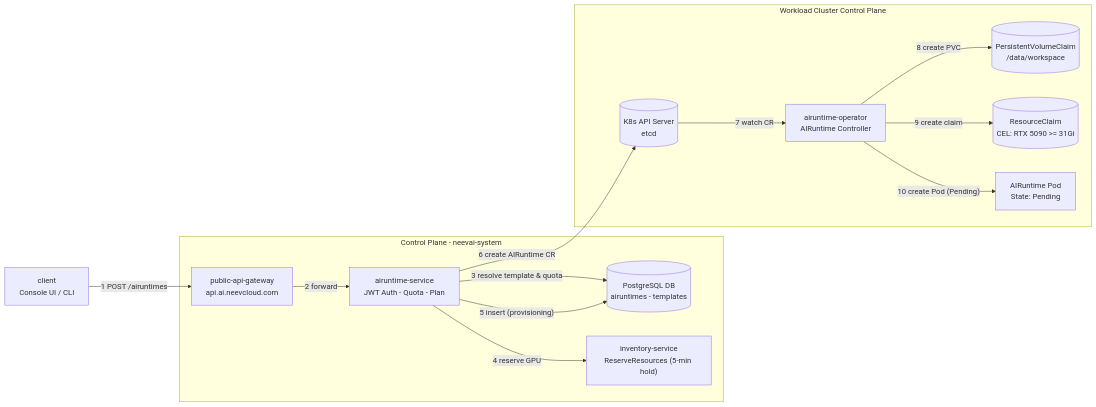
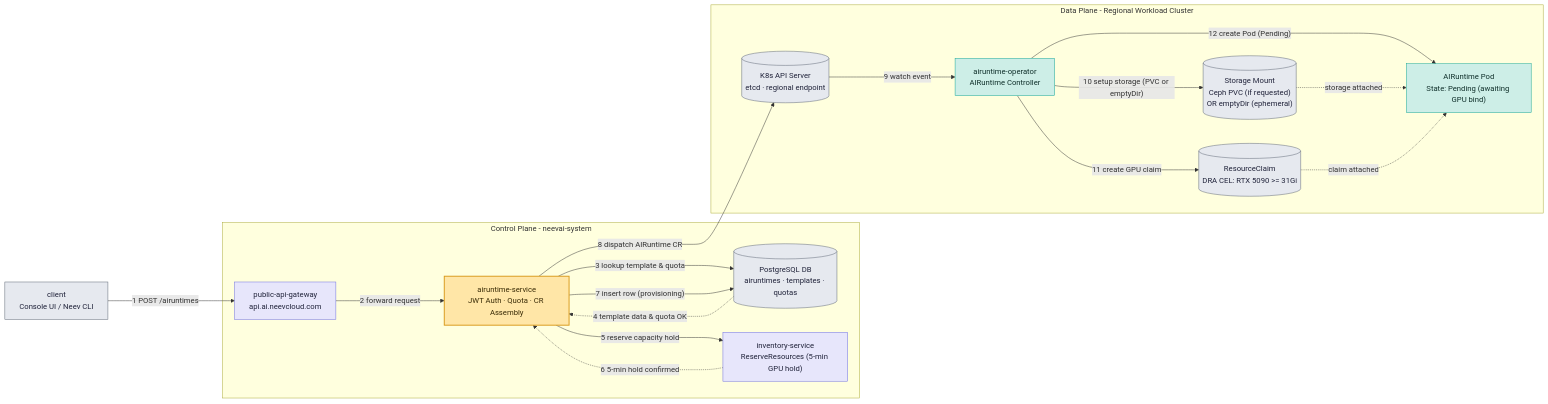
The first of 3 diagrams in README.md (chandini1727/documentation-), drawn with Mermaid before and after one commit. The commit also changed other lines of this file, not shown here.

````diff
--- a/README.md
+++ b/README.md
@@ -185,35 +215,39 @@
 ```mermaid
 flowchart LR
-    cl["client<br/>Console UI / CLI"]
+    cl["client<br/>Console UI / Neev CLI"]:::store
 
-    subgraph CP["Control Plane - neevai-system"]
-        gw["public-api-gateway<br/>api.ai.neevcloud.com"]
-        asvc["airuntime-service<br/>JWT Auth - Quota - Plan"]
-        db[("PostgreSQL DB<br/>airuntimes - templates")]
-        inv["inventory-service<br/>ReserveResources (5-min hold)"]
+    subgraph CP [Control Plane - neevai-system]
+        gw["public-api-gateway<br/>api.ai.neevcloud.com"]:::cp
+        asvc["airuntime-service<br/>JWT Auth · Quota · CR Assembly"]:::star
+        db[("PostgreSQL DB<br/>airuntimes · templates · quotas")]:::store
+        inv["inventory-service<br/>ReserveResources (5-min GPU hold)"]:::cp
     end
 
-    subgraph WK["Workload Cluster Control Plane"]
-        k8s[("K8s API Server<br/>etcd")]
-        aop["airuntime-operator<br/>AIRuntime Controller"]
-        pvc[("PersistentVolumeClaim<br/>/data/workspace")]
-        rc[("ResourceClaim<br/>CEL: RTX 5090 >= 31Gi")]
-        pod["AIRuntime Pod<br/>State: Pending"]
+    subgraph DP [Data Plane - Regional Workload Cluster]
+        k8s[("K8s API Server<br/>etcd · regional endpoint")]:::store
+        aop["airuntime-operator<br/>AIRuntime Controller"]:::dp
+        pvc[("Storage Mount<br/>Ceph PVC (if requested)<br/>OR emptyDir (ephemeral)")]:::store
+        rc[("ResourceClaim<br/>DRA CEL: RTX 5090 >= 31Gi")]:::store
+        pod["AIRuntime Pod<br/>State: Pending (awaiting GPU bind)"]:::dp
     end
 
-    cl -->|"1 POST /airuntimes"| gw
-    gw -->|"2 forward"| asvc
-    asvc -->|"3 resolve template & quota"| db
-    asvc -->|"4 reserve GPU"| inv
-    asvc -->|"5 insert (provisioning)"| db
-    asvc -->|"6 create AIRuntime CR"| k8s
-    k8s -->|"7 watch CR"| aop
-    aop -->|"8 create PVC"| pvc
-    aop -->|"9 create claim"| rc
-    aop -->|"10 create Pod (Pending)"| pod
+    cl --->|"1 POST /airuntimes"| gw
+    gw --->|"2 forward request"| asvc
+    asvc --->|"3 lookup template & quota"| db
+    db -..->|"4 template data & quota OK"| asvc
+    asvc --->|"5 reserve capacity hold"| inv
+    inv -..->|"6 5-min hold confirmed"| asvc
+    asvc --->|"7 insert row (provisioning)"| db
+    asvc --->|"8 dispatch AIRuntime CR"| k8s
+    k8s --->|"9 watch event"| aop
+    aop --->|"10 setup storage (PVC or emptyDir)"| pvc
+    aop --->|"11 create GPU claim"| rc
+    aop --->|"12 create Pod (Pending)"| pod
+    pvc -..->|"storage attached"| pod
+    rc -..->|"claim attached"| pod
 
     classDef cp fill:#e7e6fb,stroke:#6b6be0,color:#20233a
     classDef dp fill:#cdeee7,stroke:#12a594,color:#10302b
     classDef star fill:#ffe6a7,stroke:#d99a1c,stroke-width:2px,color:#3a2c07
     classDef store fill:#e6e9ef,stroke:#5b6472,color:#20233a
 ```
````
